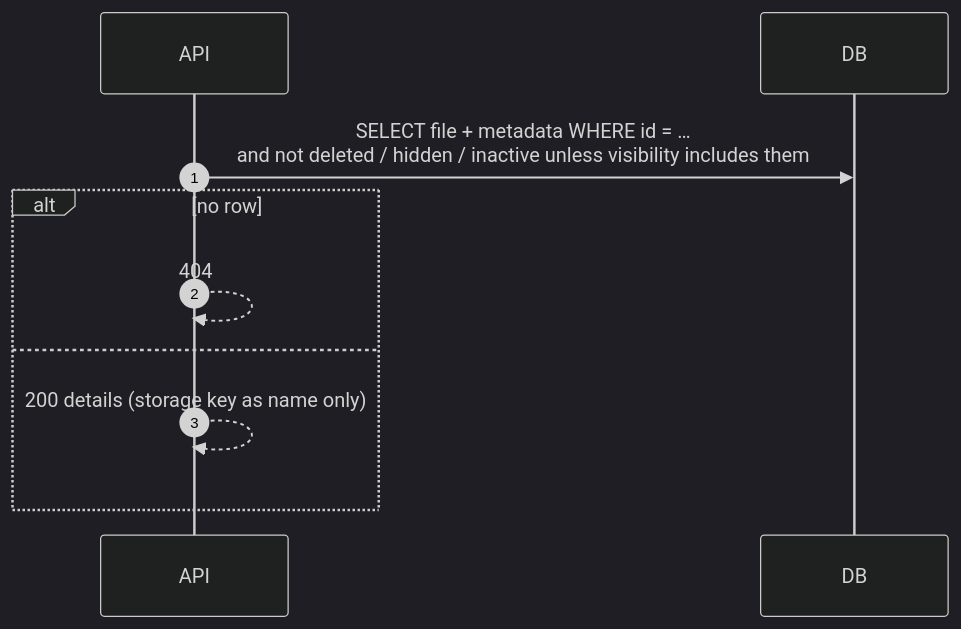
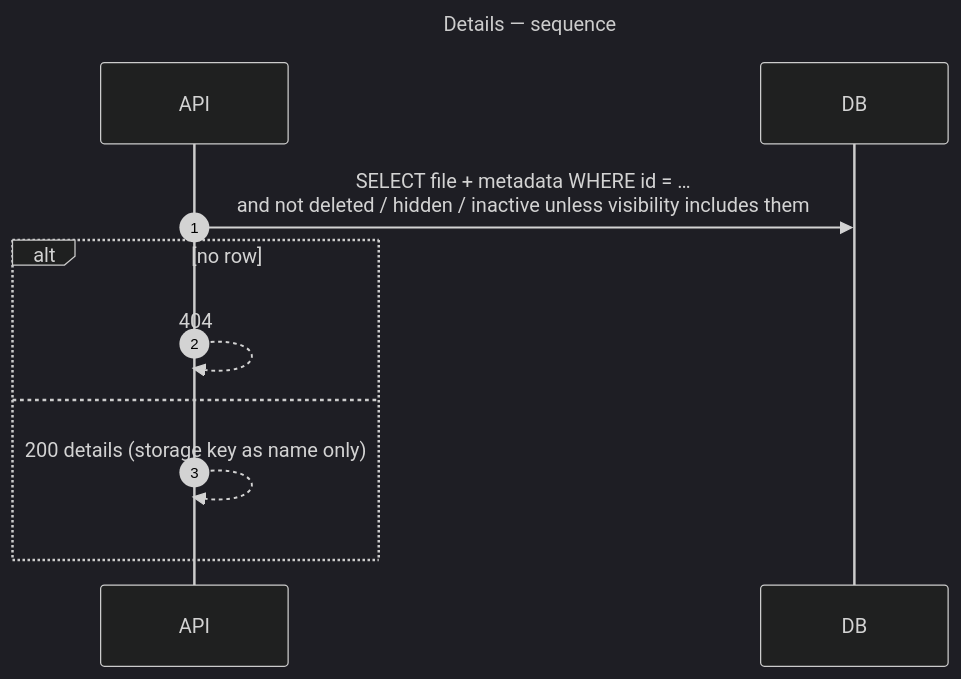
The sixth of 14 diagrams in docs/sequence-diagrams.md (gmetskhvarishvili/GM.FileStorage.Samples), drawn with Mermaid (dark theme) before and after one commit. The commit also changed other lines of this file and 7 other files, not shown here.

First line of the commit message:
docs: name every diagram "subject — kind" and index them

````diff
--- a/docs/sequence-diagrams.md
+++ b/docs/sequence-diagrams.md
@@ -196,13 +209,16 @@
 ```mermaid
+---
+title: Details — sequence
+---
 sequenceDiagram
     autonumber
     participant API
     participant DB
 
     API->>DB: SELECT file + metadata WHERE id = … <br/>and not deleted / hidden / inactive unless visibility includes them
     alt no row
         API-->>API: 404
     else
         API-->>API: 200 details (storage key as name only)
     end
 ```
````
